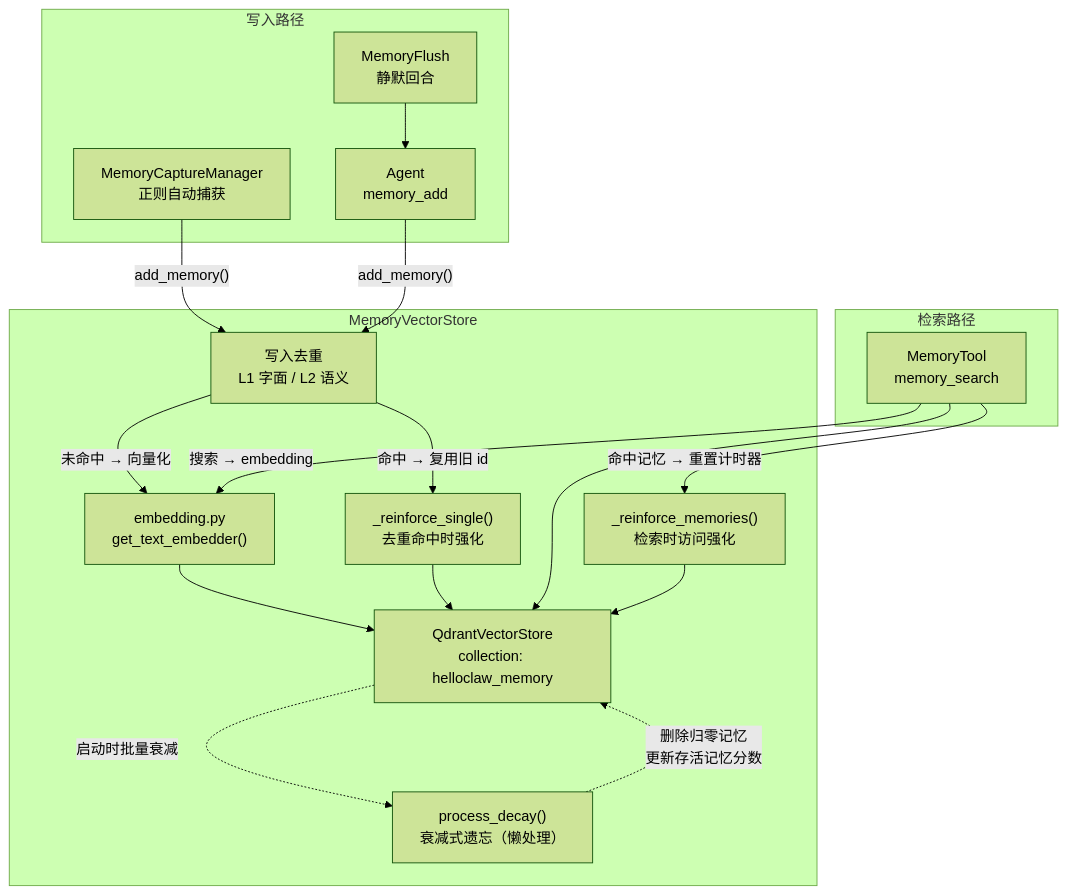
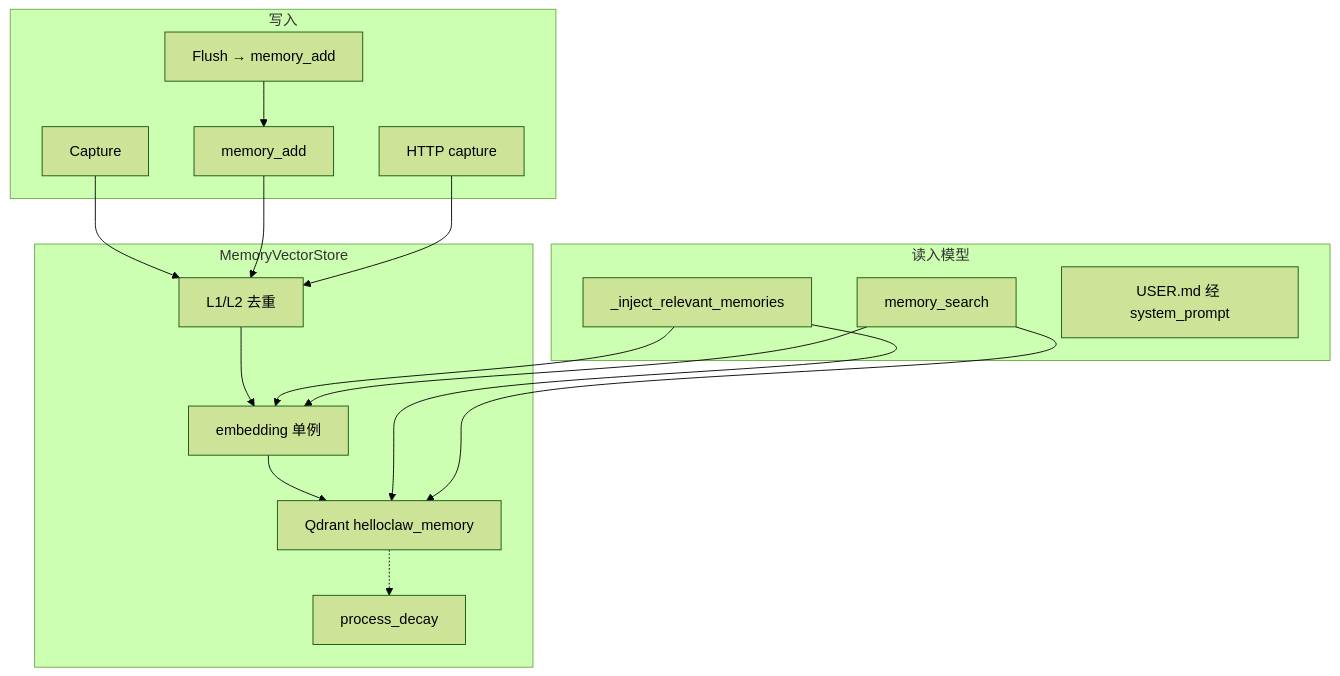
The third of 4 diagrams in docs/MyClaw实现详解/MyClaw_Memory实现文档.md (promisestar/MyClaw), drawn with Mermaid (forest theme) before and after one commit. The commit also changed other lines of this file and 6 other files, not shown here.

````diff
--- a/docs/MyClaw实现详解/MyClaw_Memory实现文档.md
+++ b/docs/MyClaw实现详解/MyClaw_Memory实现文档.md
@@ -189,35 +191,33 @@
 ```mermaid
 flowchart TB
     subgraph Store["MemoryVectorStore"]
-        EMB["embedding.py<br/>get_text_embedder()"]
-        QD["QdrantVectorStore<br/>collection: helloclaw_memory"]
-        FG["process_decay()<br/>衰减式遗忘（懒处理）"]
-        RF["_reinforce_memories()<br/>检索时访问强化"]
-        DEDUPE["写入去重<br/>L1 字面 / L2 语义"]
-        RFS["_reinforce_single()<br/>去重命中时强化"]
+        EMB["embedding 单例"]
+        QD["Qdrant helloclaw_memory"]
+        DEDUPE["L1/L2 去重"]
+        DECAY["process_decay"]
     end
 
-    subgraph Write["写入路径"]
-        CAP["MemoryCaptureManager<br/>正则自动捕获"]
-        AGT["Agent<br/>memory_add"]
-        FLUSH["MemoryFlush<br/>静默回合"]
+    subgraph Write["写入"]
+        CAP["Capture"]
+        AGT["memory_add"]
+        FLUSH["Flush → memory_add"]
+        API["HTTP capture"]
     end
 
-    subgraph Read["检索路径"]
-        TOOL["MemoryTool<br/>memory_search"]
+    subgraph Read["读入模型"]
+        AUTO["_inject_relevant_memories"]
+        TOOL["memory_search"]
+        USER["USER.md 经 system_prompt"]
     end
 
-    CAP -->|"add_memory()"| DEDUPE
-    AGT -->|"add_memory()"| DEDUPE
+    CAP --> DEDUPE
+    AGT --> DEDUPE
     FLUSH --> AGT
-    DEDUPE -->|"未命中 → 向量化"| EMB
-    DEDUPE -->|"命中 → 复用旧 id"| RFS
-    EMB --> QD
-    RFS --> QD
-    TOOL -->|"搜索 → embedding"| EMB
+    API --> DEDUPE
+    DEDUPE --> EMB --> QD
+    AUTO --> EMB
+    TOOL --> EMB
+    AUTO --> QD
     TOOL --> QD
-    TOOL -->|"命中记忆 → 重置计时器"| RF
-    RF --> QD
-    QD -.->|"启动时批量衰减"| FG
-    FG -.->|"删除归零记忆<br/>更新存活记忆分数"| QD
+    QD -.-> DECAY
 ```
````
